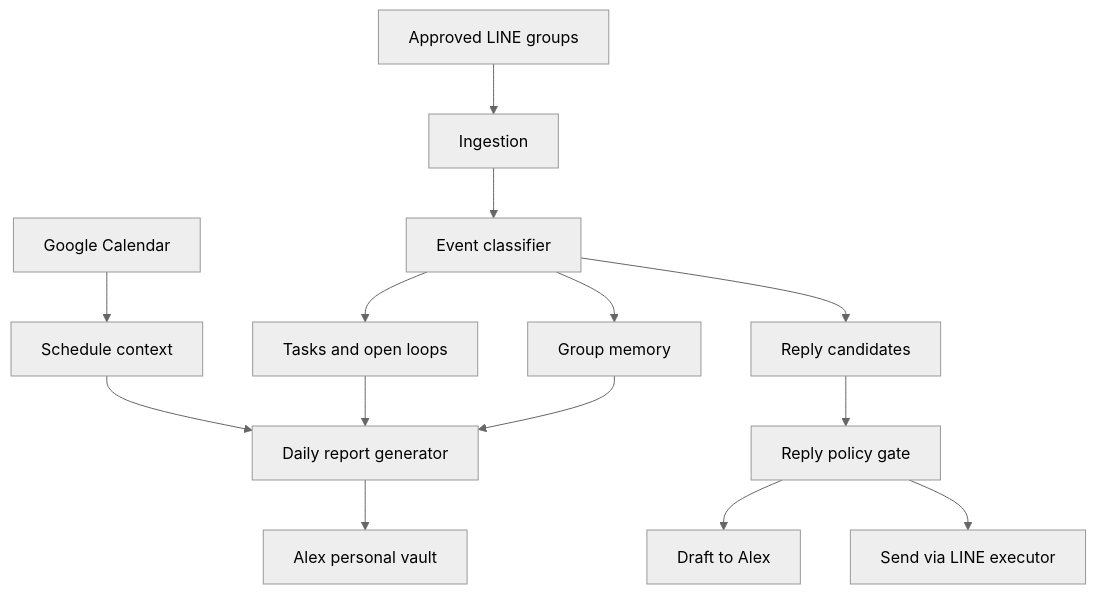
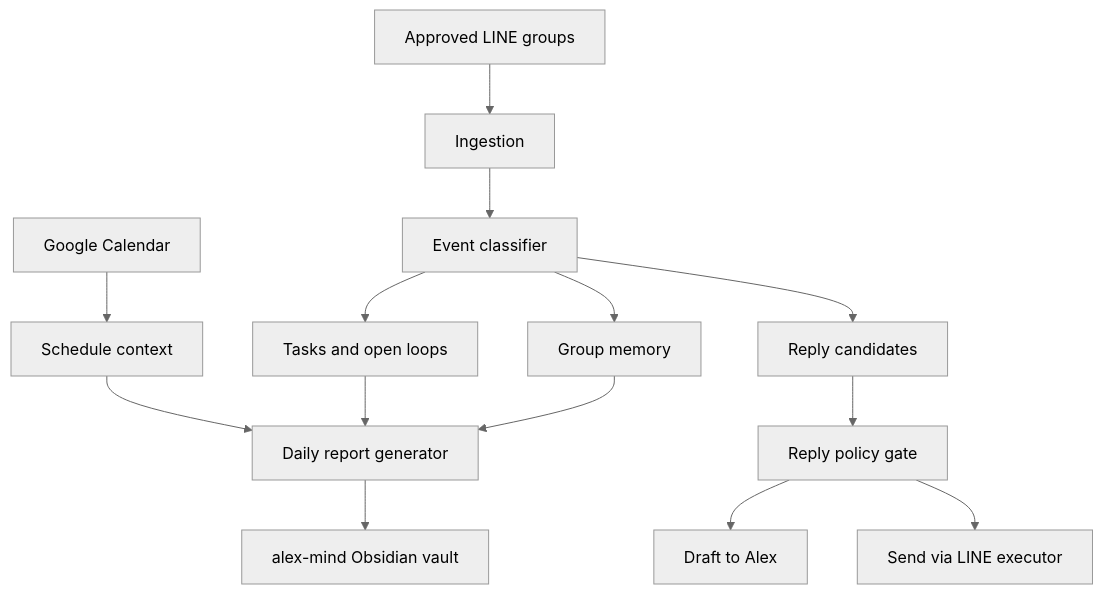
Before and after one commit to AlexChanshuo/Alex-Clone-Project: the diagram in docs/ARCHITECTURE.md, drawn with Mermaid (neutral theme). The commit also changed other lines of this file and 4 other files, not shown here.

Commit message:
Document alex-mind as canonical vault

````diff
--- a/docs/ARCHITECTURE.md
+++ b/docs/ARCHITECTURE.md
@@ -5,16 +5,16 @@
 ```mermaid
 flowchart TD
   A["Approved LINE groups"] --> B["Ingestion"]
   B --> C["Event classifier"]
   C --> D["Group memory"]
   C --> E["Tasks and open loops"]
   C --> F["Reply candidates"]
   G["Google Calendar"] --> H["Schedule context"]
   D --> I["Daily report generator"]
   E --> I
   H --> I
   F --> J["Reply policy gate"]
   J --> K["Draft to Alex"]
   J --> L["Send via LINE executor"]
-  I --> M["Alex personal vault"]
+  I --> M["alex-mind Obsidian vault"]
 ```
````
